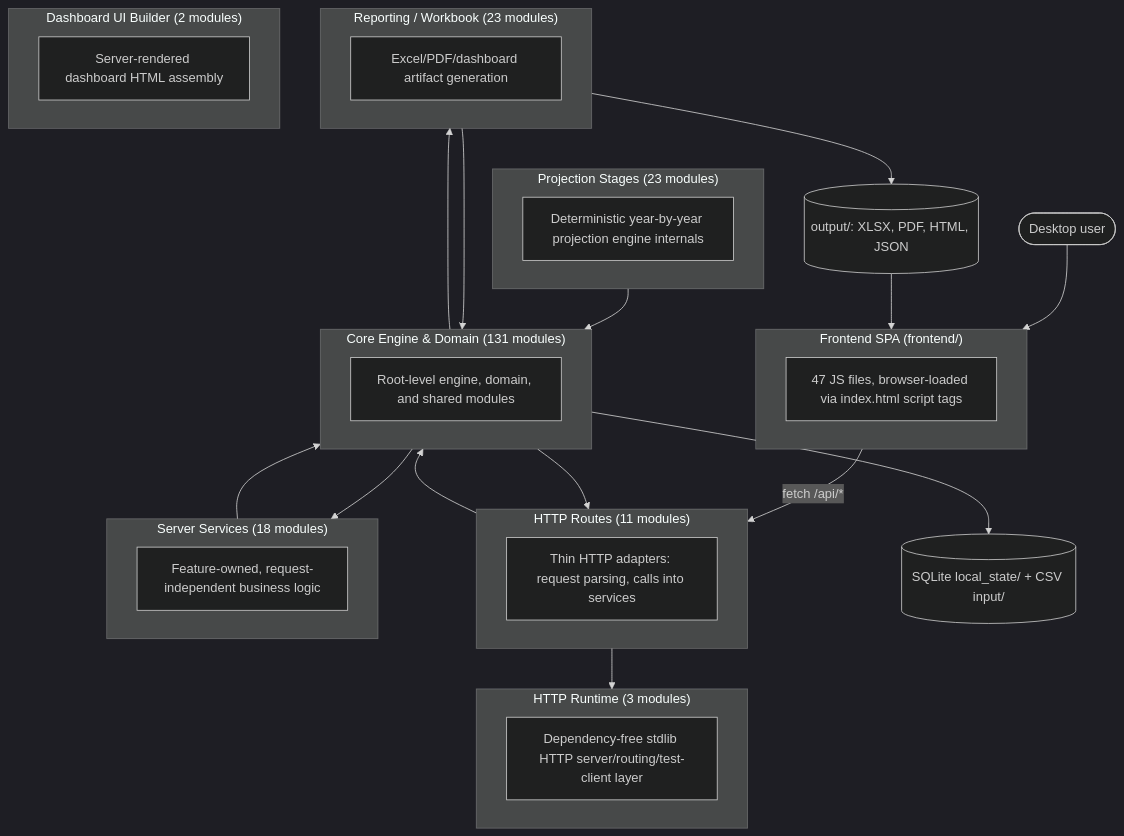
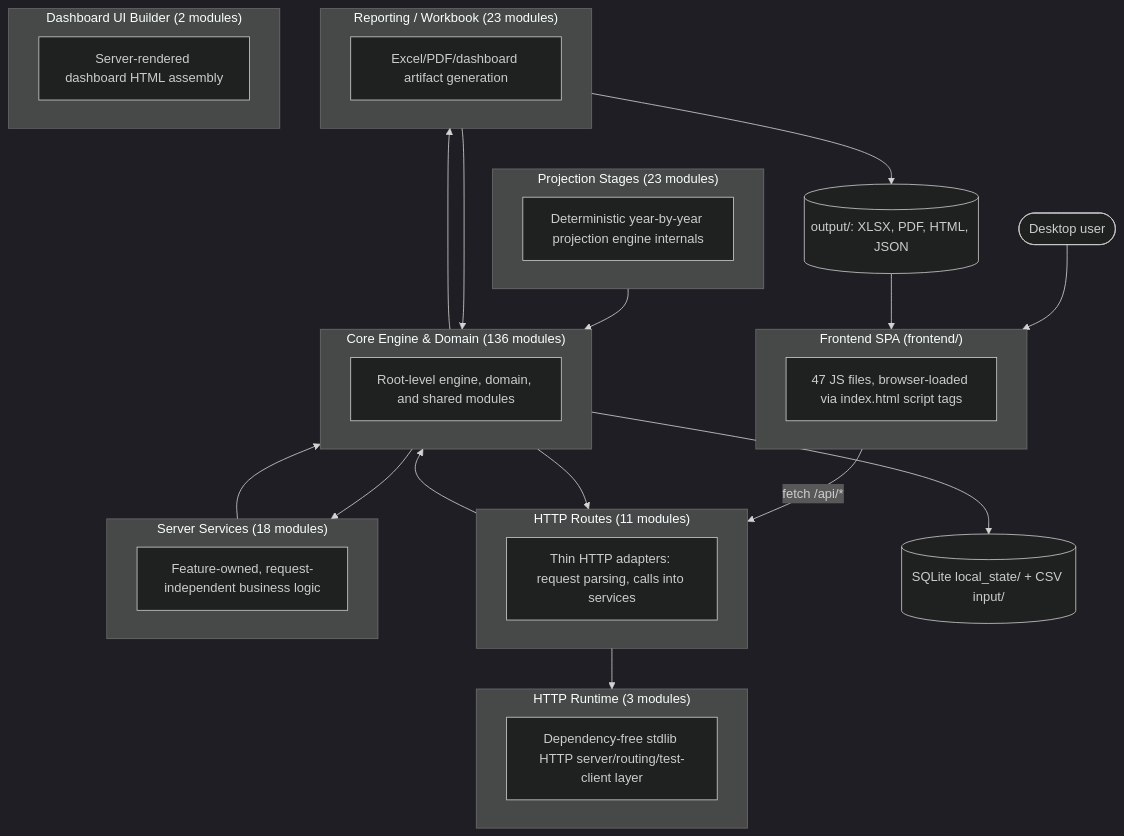
One commit to matthartzman/retirement_system changed the first of 2 diagrams in documentation/reference/SYSTEM_ARCHITECTURE_DIAGRAM.md. Above: the diagram before and after it, drawn with Mermaid (dark theme). The commit also changed other lines of this file and 18 other files, not shown here.

````diff
--- a/documentation/reference/SYSTEM_ARCHITECTURE_DIAGRAM.md
+++ b/documentation/reference/SYSTEM_ARCHITECTURE_DIAGRAM.md
@@ -11,40 +11,40 @@
 ```mermaid
 flowchart TB
     User(["Desktop user"]) --> FE
     subgraph FE["Frontend SPA (frontend/)"]
         FEcount["47 JS files, browser-loaded via index.html script tags"]
     end
     FE -->|fetch /api/*| L_HTTP_Routes
     subgraph L_HTTP_Routes["HTTP Routes (11 modules)"]
         L_HTTP_Routes_d["Thin HTTP adapters: request parsing, calls into services"]
     end
     subgraph L_Server_Services["Server Services (18 modules)"]
         L_Server_Services_d["Feature-owned, request-independent business logic"]
     end
     subgraph L_HTTP_Runtime["HTTP Runtime (3 modules)"]
         L_HTTP_Runtime_d["Dependency-free stdlib HTTP server/routing/test-client layer"]
     end
-    subgraph L_Core_Engine___Domain["Core Engine & Domain (131 modules)"]
+    subgraph L_Core_Engine___Domain["Core Engine & Domain (136 modules)"]
         L_Core_Engine___Domain_d["Root-level engine, domain, and shared modules"]
     end
     subgraph L_Projection_Stages["Projection Stages (23 modules)"]
         L_Projection_Stages_d["Deterministic year-by-year projection engine internals"]
     end
     subgraph L_Reporting___Workbook["Reporting / Workbook (23 modules)"]
         L_Reporting___Workbook_d["Excel/PDF/dashboard artifact generation"]
     end
     subgraph L_Dashboard_UI_Builder["Dashboard UI Builder (2 modules)"]
         L_Dashboard_UI_Builder_d["Server-rendered dashboard HTML assembly"]
     end
     L_Core_Engine___Domain --> L_HTTP_Routes
     L_Core_Engine___Domain --> L_Reporting___Workbook
     L_Core_Engine___Domain --> L_Server_Services
     L_HTTP_Routes --> L_Core_Engine___Domain
     L_HTTP_Routes --> L_HTTP_Runtime
     L_Projection_Stages --> L_Core_Engine___Domain
     L_Reporting___Workbook --> L_Core_Engine___Domain
     L_Server_Services --> L_Core_Engine___Domain
     L_Core_Engine___Domain --> DB[("SQLite local_state/ + CSV input/")]
     L_Reporting___Workbook --> Outputs[("output/: XLSX, PDF, HTML, JSON")]
     Outputs --> FE
 ```
````
